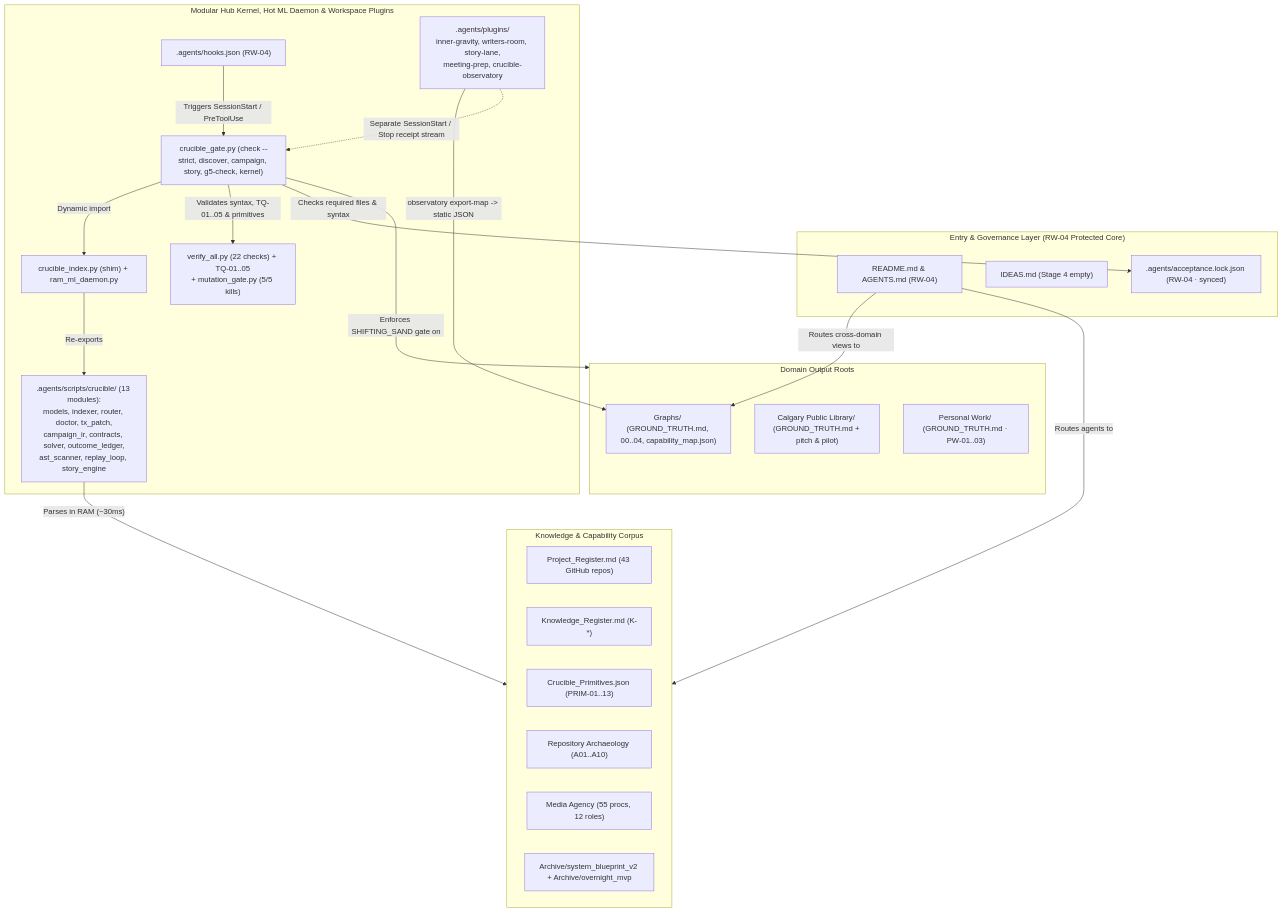
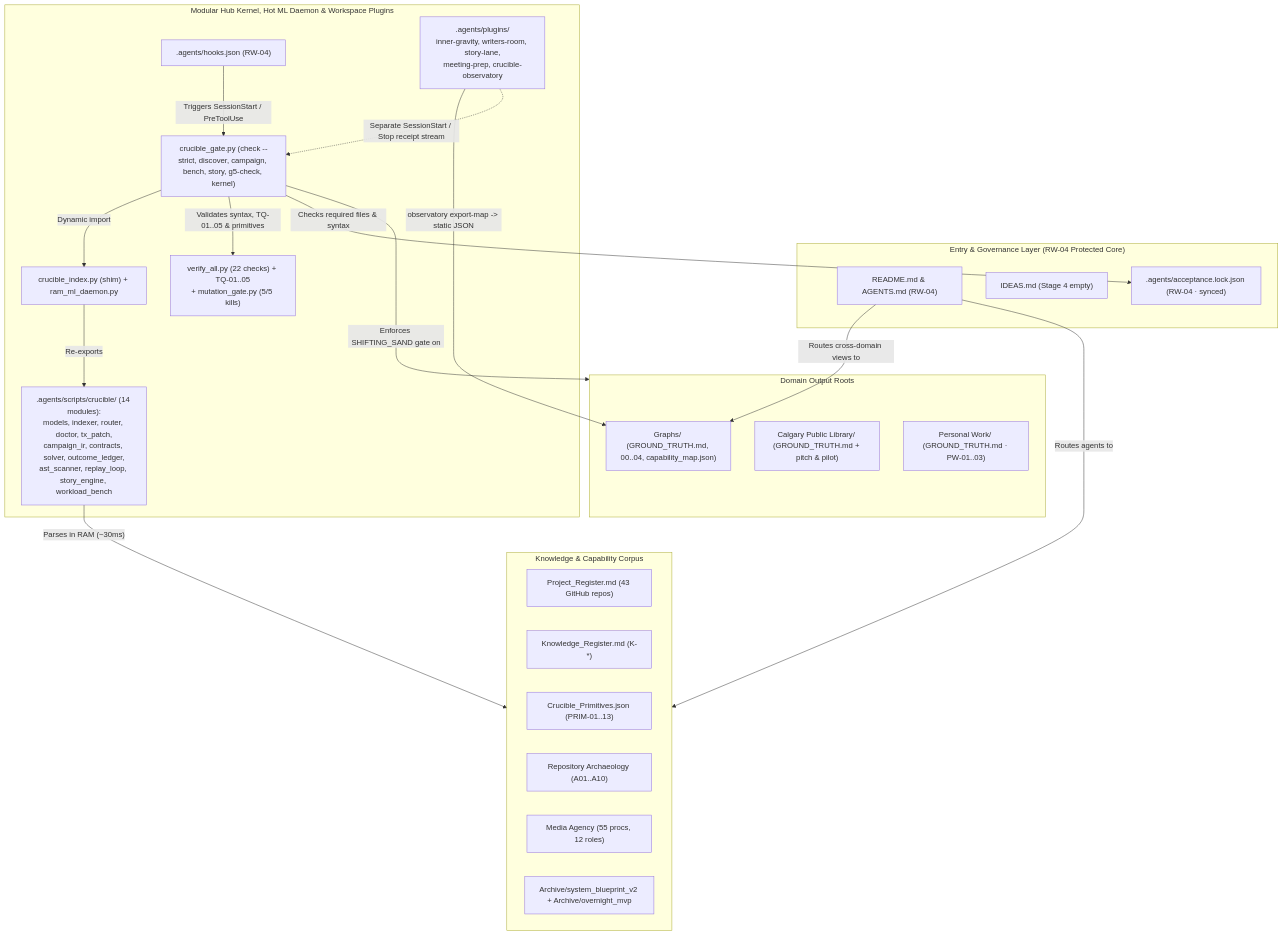
One commit to guarani-ux/Crucible-Domain changed the diagram in Graphs/00_System_Atlas_and_Neon_Handoff.md. Above: the diagram before and after it, drawn with Mermaid. The commit also changed other lines of this file and 6 other files, not shown here.

Commit message:
feat(bench): add YAML-driven Crucible Workload Bench (cpl, creative, systems canaries + productive runner + telemetry)

````diff
--- a/Graphs/00_System_Atlas_and_Neon_Handoff.md
+++ b/Graphs/00_System_Atlas_and_Neon_Handoff.md
@@ -37,44 +37,44 @@
 ```mermaid
 flowchart TD
     subgraph ENTRY["Entry & Governance Layer (RW-04 Protected Core)"]
         README["README.md & AGENTS.md (RW-04)"]
         IDEAS["IDEAS.md (Stage 4 empty)"]
         LOCK[".agents/acceptance.lock.json (RW-04 · synced)"]
     end
 
     subgraph KNOWLEDGE["Knowledge & Capability Corpus"]
         PROJ["Project_Register.md (43 GitHub repos)"]
         KNOW["Knowledge_Register.md (K-*)"]
         PRIM["Crucible_Primitives.json (PRIM-01..13)"]
         ARCH["Repository Archaeology (A01..A10)"]
         MEDIA["Media Agency (55 procs, 12 roles)"]
         BLUE["Archive/system_blueprint_v2 + Archive/overnight_mvp"]
     end
 
     subgraph RUNTIME["Modular Hub Kernel, Hot ML Daemon & Workspace Plugins"]
         HOOKS[".agents/hooks.json (RW-04)"]
-        GATE["crucible_gate.py (check --strict, discover, campaign, story, g5-check, kernel)"]
+        GATE["crucible_gate.py (check --strict, discover, campaign, bench, story, g5-check, kernel)"]
         SHIM["crucible_index.py (shim) + ram_ml_daemon.py"]
-        PKG[".agents/scripts/crucible/ (13 modules):\nmodels, indexer, router, doctor, tx_patch,\ncampaign_ir, contracts, solver, outcome_ledger,\nast_scanner, replay_loop, story_engine"]
+        PKG[".agents/scripts/crucible/ (14 modules):\nmodels, indexer, router, doctor, tx_patch,\ncampaign_ir, contracts, solver, outcome_ledger,\nast_scanner, replay_loop, story_engine, workload_bench"]
         TQ["verify_all.py (22 checks) + TQ-01..05\n+ mutation_gate.py (5/5 kills)"]
         IG_PLUG[".agents/plugins/\ninner-gravity, writers-room, story-lane,\nmeeting-prep, crucible-observatory"]
     end
 
     subgraph OUTPUTS["Domain Output Roots"]
         GRAPHS["Graphs/ (GROUND_TRUTH.md, 00..04, capability_map.json)"]
         CPL["Calgary Public Library/ (GROUND_TRUTH.md + pitch & pilot)"]
         PERS["Personal Work/ (GROUND_TRUTH.md · PW-01..03)"]
     end
 
     HOOKS -->|"Triggers SessionStart / PreToolUse"| GATE
     GATE -->|"Dynamic import"| SHIM
     SHIM -->|"Re-exports"| PKG
     PKG -->|"Parses in RAM (~30ms)"| KNOWLEDGE
     IG_PLUG -->|"observatory export-map -> static JSON"| GRAPHS
     GATE -->|"Enforces SHIFTING_SAND gate on"| OUTPUTS
     GATE -->|"Validates syntax, TQ-01..05 & primitives"| TQ
     GATE -->|"Checks required files & syntax"| LOCK
     README -->|"Routes agents to"| KNOWLEDGE
     README -->|"Routes cross-domain views to"| GRAPHS
     IG_PLUG -.->|"Separate SessionStart / Stop receipt stream"| GATE
 ```
````
